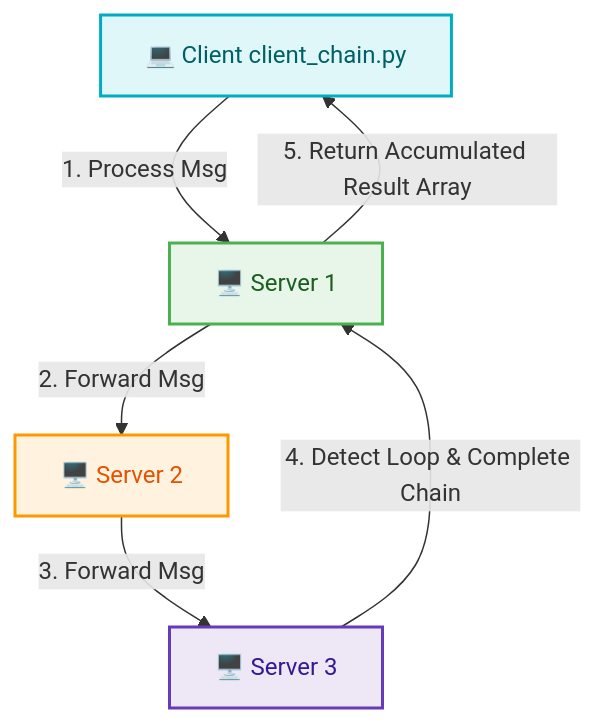
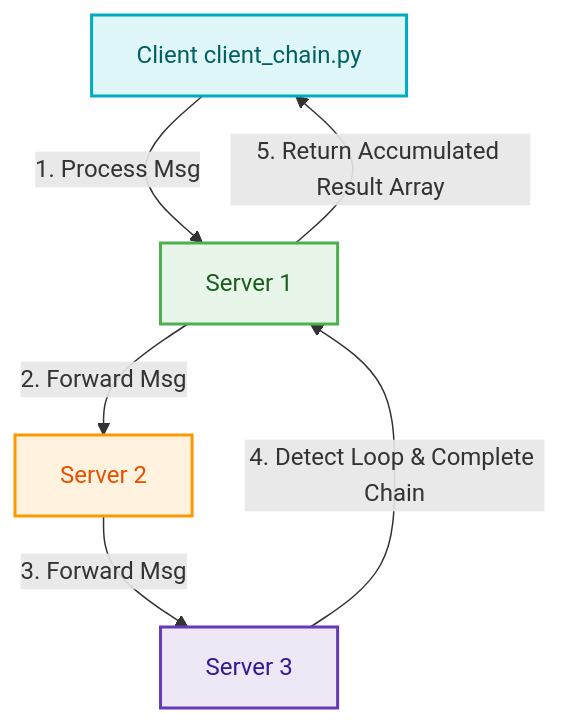
Before and after one commit to RameenAnwar/PDC-SP26-SE: the eighth of 8 diagrams in Muhammad-Affan-23FA-003-SE/Chapter06/README.md, drawn with Mermaid. The commit also changed other lines of this file, not shown here.

````diff
--- a/Muhammad-Affan-23FA-003-SE/Chapter06/README.md
+++ b/Muhammad-Affan-23FA-003-SE/Chapter06/README.md
@@ -300,18 +300,18 @@
 ```mermaid
 graph TD
     classDef clClass fill:#E0F7FA,stroke:#00ACC1,stroke-width:2px,color:#006064;
     classDef s1Class fill:#E8F5E9,stroke:#4CAF50,stroke-width:2px,color:#1B5E20;
     classDef s2Class fill:#FFF3E0,stroke:#FF9800,stroke-width:2px,color:#E65100;
     classDef s3Class fill:#EDE7F6,stroke:#673AB7,stroke-width:2px,color:#311B92;
 
-    Client[💻 Client client_chain.py] -->|1. Process Msg| Server1[🖥️ Server 1]
-    Server1 -->|2. Forward Msg| Server2[🖥️ Server 2]
-    Server2 -->|3. Forward Msg| Server3[🖥️ Server 3]
+    Client[Client client_chain.py] -->|1. Process Msg| Server1[Server 1]
+    Server1 -->|2. Forward Msg| Server2[Server 2]
+    Server2 -->|3. Forward Msg| Server3[Server 3]
     Server3 -->|4. Detect Loop & Complete Chain| Server1
     Server1 -->|5. Return Accumulated Result Array| Client
 
     class Client clClass;
     class Server1 s1Class;
     class Server2 s2Class;
     class Server3 s3Class;
 ```
````
